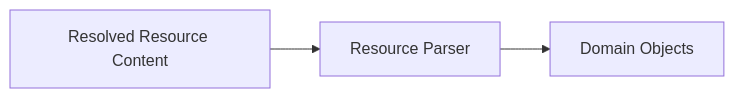
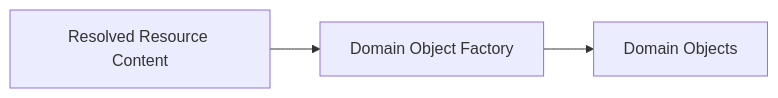
One commit to kjvonly/kjvonly.bible changed the seventh of 12 diagrams in docs/architecture/0002-domain-resource-model.md. Above: the diagram before and after it, drawn with Mermaid. The commit also changed other lines of this file and 3 other files, not shown here.

````diff
--- a/docs/architecture/0002-domain-resource-model.md
+++ b/docs/architecture/0002-domain-resource-model.md
@@ -631,9 +622,9 @@
 ```mermaid
 flowchart LR
 
     RESOURCE["Resolved Resource Content"]
 
-    RESOURCE --> PARSER["Resource Parser"]
+    RESOURCE --> FACTORY["Domain Object Factory"]
 
-    PARSER --> OBJECTS["Domain Objects"]
+    FACTORY --> OBJECTS["Domain Objects"]
 ```
````
